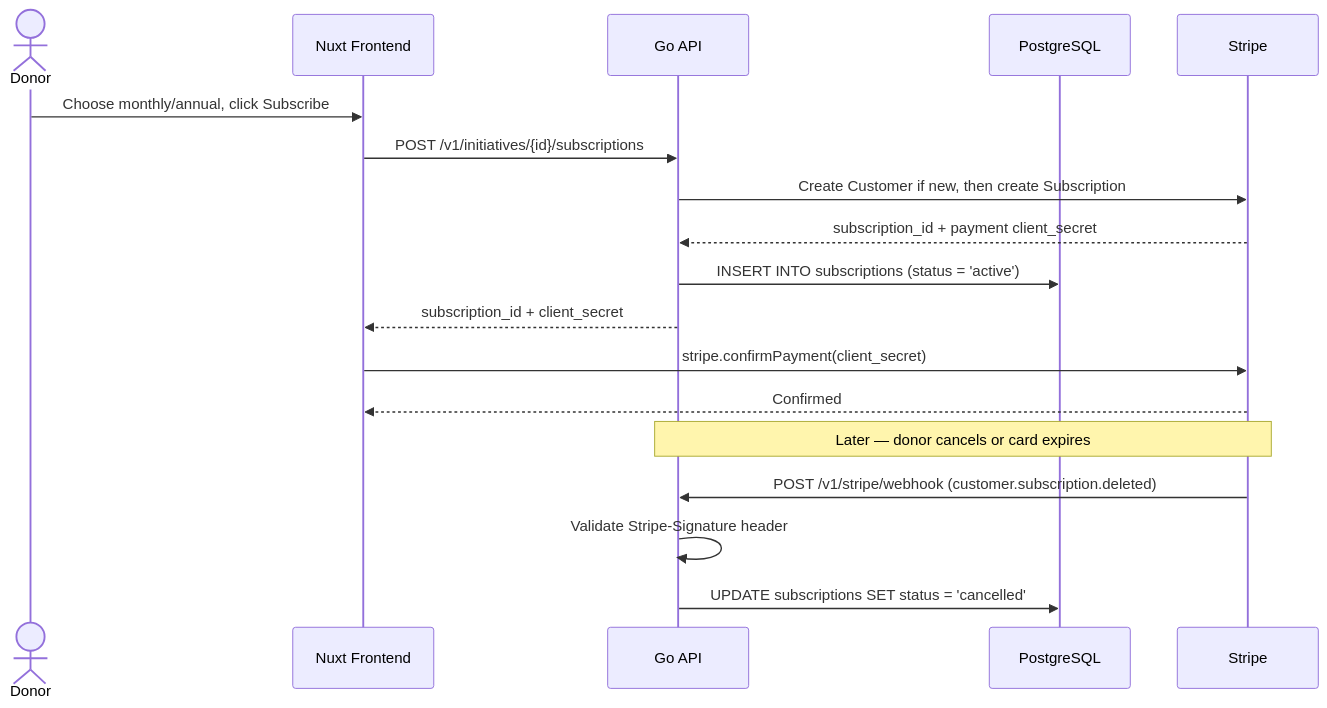
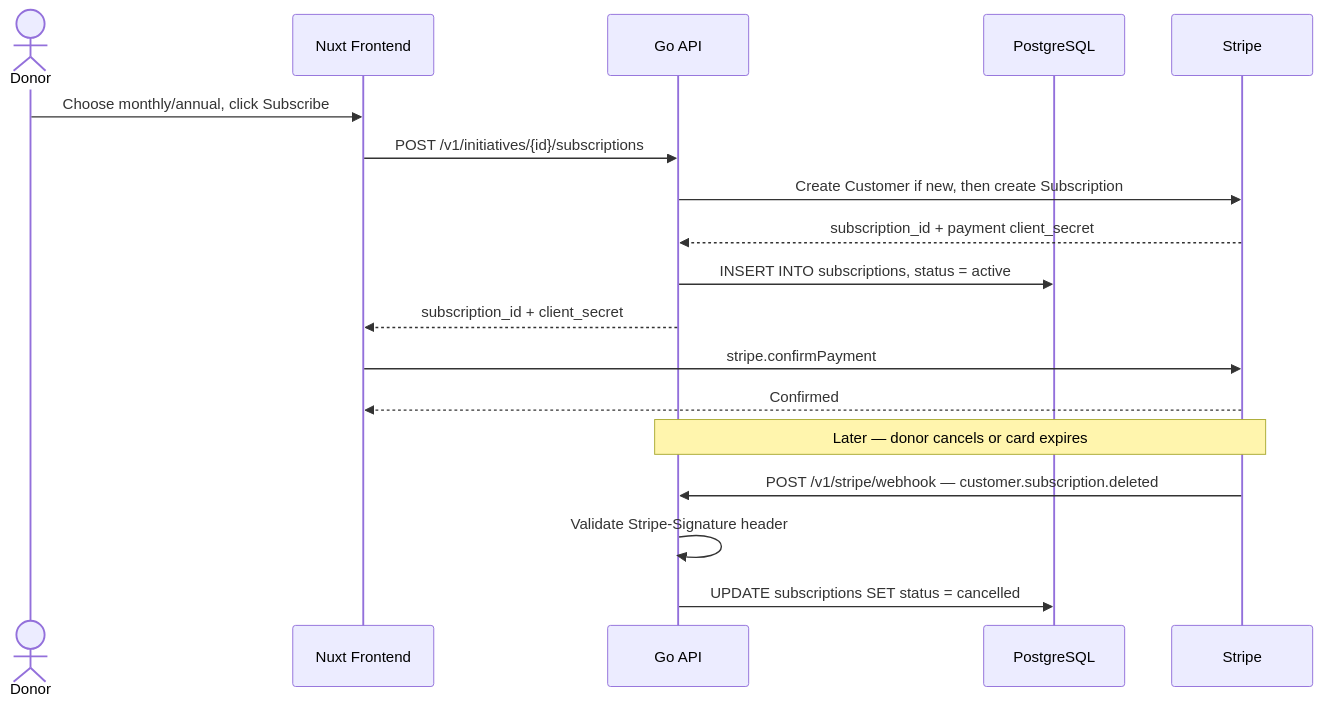
The fifth of 8 diagrams in docs/architecture.md (linuxfoundation/lfx-crowdfunding), drawn with Mermaid before and after one commit. The commit also changed other lines of this file, not shown here.

First line of the commit message:
docs(architecture): fix Mermaid parse errors from parentheses in labels

````diff
--- a/docs/architecture.md
+++ b/docs/architecture.md
@@ -313,22 +313,22 @@
 ```mermaid
 sequenceDiagram
     actor Donor
     participant FE as Nuxt Frontend
     participant API as Go API
     participant DB as PostgreSQL
     participant Stripe
 
     Donor->>FE: Choose monthly/annual, click Subscribe
     FE->>API: POST /v1/initiatives/{id}/subscriptions
     API->>Stripe: Create Customer if new, then create Subscription
     Stripe-->>API: subscription_id + payment client_secret
-    API->>DB: INSERT INTO subscriptions (status = 'active')
+    API->>DB: INSERT INTO subscriptions, status = active
     API-->>FE: subscription_id + client_secret
-    FE->>Stripe: stripe.confirmPayment(client_secret)
+    FE->>Stripe: stripe.confirmPayment
     Stripe-->>FE: Confirmed
 
     Note over Stripe,API: Later — donor cancels or card expires
-    Stripe->>API: POST /v1/stripe/webhook (customer.subscription.deleted)
+    Stripe->>API: POST /v1/stripe/webhook — customer.subscription.deleted
     API->>API: Validate Stripe-Signature header
-    API->>DB: UPDATE subscriptions SET status = 'cancelled'
+    API->>DB: UPDATE subscriptions SET status = cancelled
 ```
````
